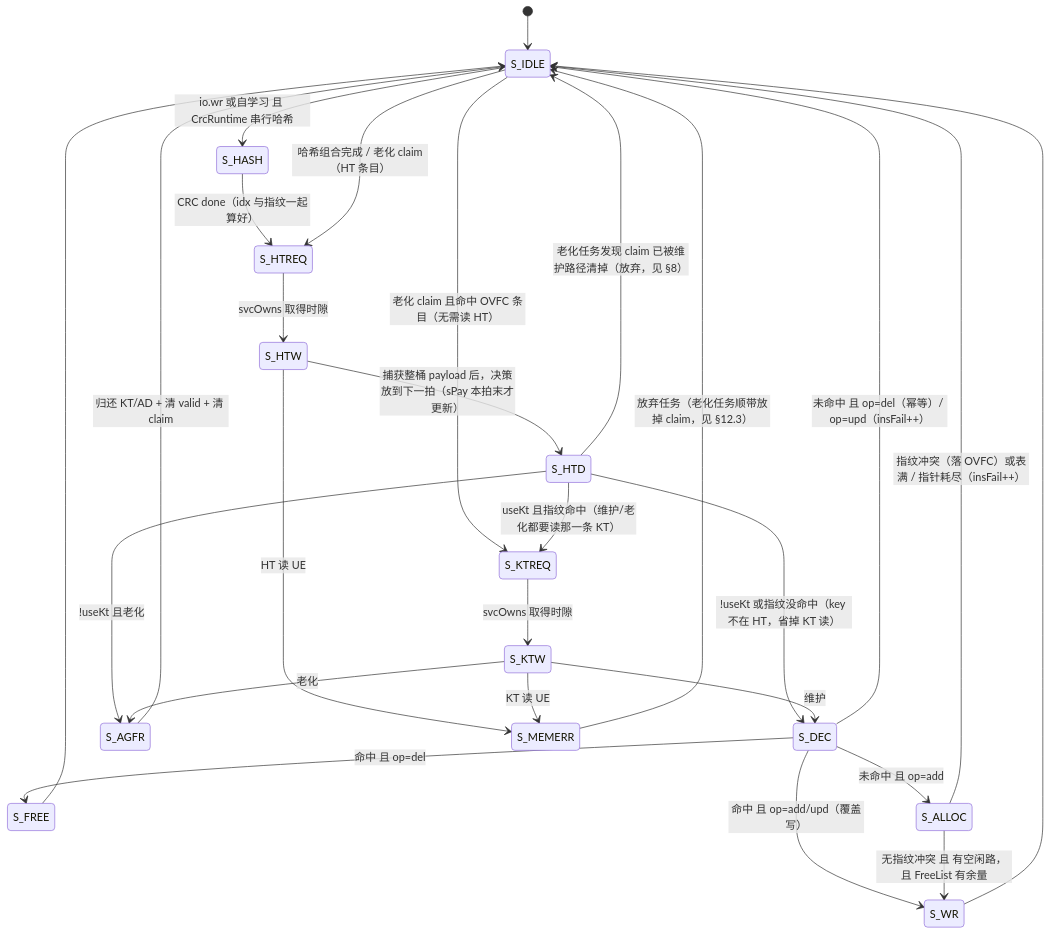
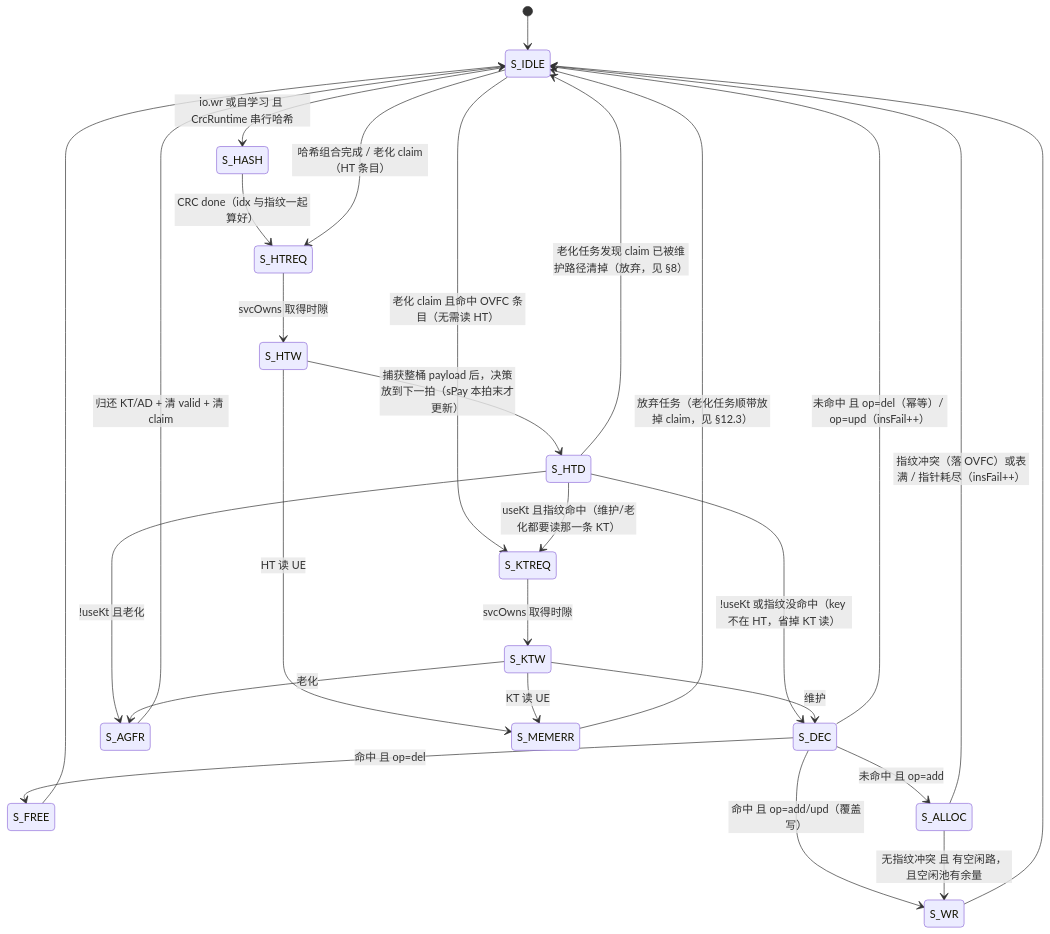
One commit to RuyeeAI/HardwareDesign changed the fifth of 9 diagrams in docs/BaseCbb_设计文档/14_em.md. Above: the diagram before and after it, drawn with Mermaid. The commit also changed other lines of this file and 61 other files, not shown here.

````diff
--- a/docs/BaseCbb_设计文档/14_em.md
+++ b/docs/BaseCbb_设计文档/14_em.md
@@ -434,29 +450,29 @@
 ```mermaid
 stateDiagram-v2
     [*] --> S_IDLE
     S_IDLE --> S_HASH : io.wr 或自学习 且 CrcRuntime 串行哈希
     S_HASH --> S_HTREQ : CRC done（idx 与指纹一起算好）
     S_IDLE --> S_HTREQ : 哈希组合完成 / 老化 claim（HT 条目）
     S_IDLE --> S_KTREQ : 老化 claim 且命中 OVFC 条目（无需读 HT）
     S_HTREQ --> S_HTW : svcOwns 取得时隙
     S_HTW --> S_HTD : 捕获整桶 payload 后，决策放到下一拍（sPay 本拍末才更新）
     S_HTD --> S_KTREQ : useKt 且指纹命中（维护/老化都要读那一条 KT）
     S_HTD --> S_DEC : !useKt 或指纹没命中（key 不在 HT，省掉 KT 读）
     S_HTD --> S_AGFR : !useKt 且老化
     S_HTD --> S_IDLE : 老化任务发现 claim 已被维护路径清掉（放弃，见 §8）
     S_KTREQ --> S_KTW : svcOwns 取得时隙
     S_KTW --> S_DEC : 维护
     S_KTW --> S_AGFR : 老化
     S_DEC --> S_FREE : 命中 且 op=del
     S_DEC --> S_WR : 命中 且 op=add/upd（覆盖写）
     S_DEC --> S_IDLE : 未命中 且 op=del（幂等）/ op=upd（insFail++）
     S_DEC --> S_ALLOC : 未命中 且 op=add
-    S_ALLOC --> S_WR : 无指纹冲突 且 有空闲路，且 FreeList 有余量
+    S_ALLOC --> S_WR : 无指纹冲突 且 有空闲路，且空闲池有余量
     S_ALLOC --> S_IDLE : 指纹冲突（落 OVFC）或表满 / 指针耗尽（insFail++）
     S_WR --> S_IDLE
     S_FREE --> S_IDLE
     S_AGFR --> S_IDLE : 归还 KT/AD + 清 valid + 清 claim
     S_HTW --> S_MEMERR : HT 读 UE
     S_KTW --> S_MEMERR : KT 读 UE
     S_MEMERR --> S_IDLE : 放弃任务（老化任务顺带放掉 claim，见 §12.3）
 ```
````
